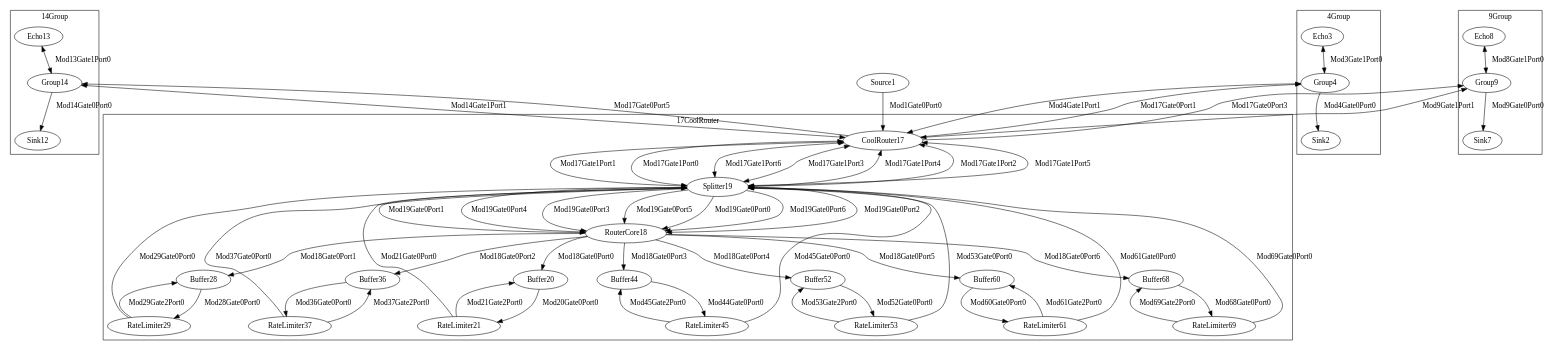
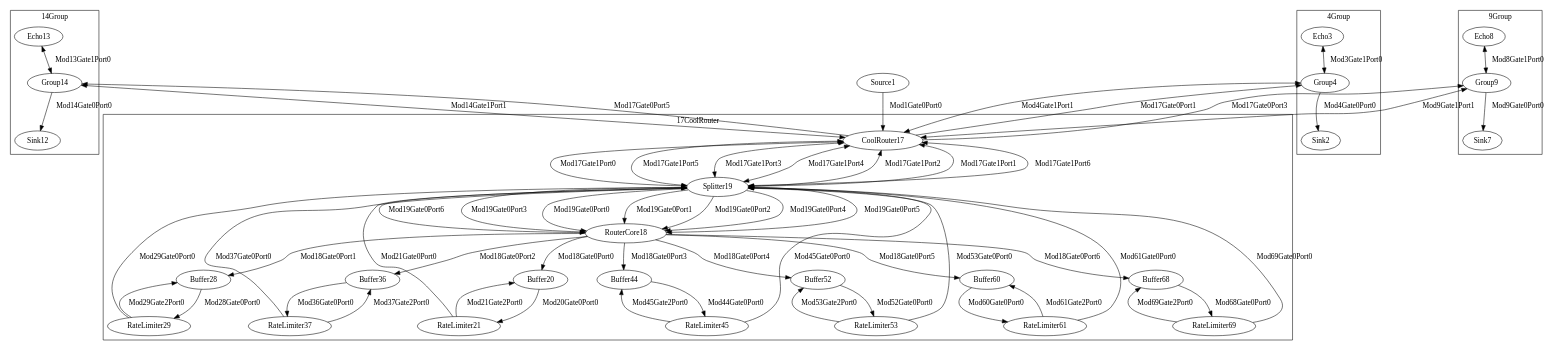
Before and after one commit to KillingSpark/rs-event-sim: the diagram in graph.dot, drawn with Graphviz. The commit also changed other lines of this file and 10 other files, not shown here.

```diff
--- a/graph.dot
+++ b/graph.dot
@@ -1,96 +1,96 @@
 digraph {
 	1[label=Source1];
 	subgraph cluster_4 { 
 	label="4Group";
 	4[label=Group4];
 		3[label=Echo3];
 		2[label=Sink2];
 	 }
 	subgraph cluster_9 { 
 	label="9Group";
 	9[label=Group9];
 		8[label=Echo8];
 		7[label=Sink7];
 	 }
 	subgraph cluster_14 { 
 	label="14Group";
 	14[label=Group14];
 		13[label=Echo13];
 		12[label=Sink12];
 	 }
 	subgraph cluster_17 { 
 	label="17CoolRouter";
 	17[label=CoolRouter17];
 		18[label=RouterCore18];
 		19[label=Splitter19];
 		20[label=Buffer20];
 		21[label=RateLimiter21];
 		28[label=Buffer28];
 		29[label=RateLimiter29];
 		36[label=Buffer36];
 		37[label=RateLimiter37];
 		44[label=Buffer44];
 		45[label=RateLimiter45];
 		52[label=Buffer52];
 		53[label=RateLimiter53];
 		60[label=Buffer60];
 		61[label=RateLimiter61];
 		68[label=Buffer68];
 		69[label=RateLimiter69];
 	 }
+	53 -> 19[label=Mod53Gate0Port0];
+	53 -> 52[label=Mod53Gate2Port0];
+	21 -> 19[label=Mod21Gate0Port0];
+	21 -> 20[label=Mod21Gate2Port0];
+	14 -> 17[dir="both",label=Mod14Gate1Port1];
+	14 -> 12[label=Mod14Gate0Port0];
+	61 -> 19[label=Mod61Gate0Port0];
+	61 -> 60[label=Mod61Gate2Port0];
+	68 -> 69[label=Mod68Gate0Port0];
+	20 -> 21[label=Mod20Gate0Port0];
+	36 -> 37[label=Mod36Gate0Port0];
+	45 -> 19[label=Mod45Gate0Port0];
+	45 -> 44[label=Mod45Gate2Port0];
+	17 -> 9[label=Mod17Gate0Port3];
+	17 -> 14[label=Mod17Gate0Port5];
+	17 -> 4[label=Mod17Gate0Port1];
+	17 -> 19[dir="both",label=Mod17Gate1Port0];
+	17 -> 19[dir="both",label=Mod17Gate1Port5];
+	17 -> 19[dir="both",label=Mod17Gate1Port3];
+	17 -> 19[dir="both",label=Mod17Gate1Port4];
+	17 -> 19[dir="both",label=Mod17Gate1Port2];
+	17 -> 19[dir="both",label=Mod17Gate1Port1];
+	17 -> 19[dir="both",label=Mod17Gate1Port6];
+	3 -> 4[dir="both",label=Mod3Gate1Port0];
 	44 -> 45[label=Mod44Gate0Port0];
-	9 -> 17[dir="both",label=Mod9Gate1Port1];
-	9 -> 7[label=Mod9Gate0Port0];
-	37 -> 19[label=Mod37Gate0Port0];
-	37 -> 36[label=Mod37Gate2Port0];
-	8 -> 9[dir="both",label=Mod8Gate1Port0];
-	1 -> 17[label=Mod1Gate0Port0];
-	19 -> 18[label=Mod19Gate0Port1];
-	19 -> 18[label=Mod19Gate0Port4];
-	19 -> 18[label=Mod19Gate0Port3];
-	19 -> 18[label=Mod19Gate0Port5];
-	19 -> 18[label=Mod19Gate0Port0];
-	19 -> 18[label=Mod19Gate0Port6];
-	19 -> 18[label=Mod19Gate0Port2];
+	60 -> 61[label=Mod60Gate0Port0];
 	4 -> 17[dir="both",label=Mod4Gate1Port1];
 	4 -> 2[label=Mod4Gate0Port0];
-	21 -> 20[label=Mod21Gate2Port0];
-	21 -> 19[label=Mod21Gate0Port0];
 	69 -> 19[label=Mod69Gate0Port0];
 	69 -> 68[label=Mod69Gate2Port0];
 	13 -> 14[dir="both",label=Mod13Gate1Port0];
+	19 -> 18[label=Mod19Gate0Port6];
+	19 -> 18[label=Mod19Gate0Port3];
+	19 -> 18[label=Mod19Gate0Port0];
+	19 -> 18[label=Mod19Gate0Port1];
+	19 -> 18[label=Mod19Gate0Port2];
+	19 -> 18[label=Mod19Gate0Port4];
+	19 -> 18[label=Mod19Gate0Port5];
+	52 -> 53[label=Mod52Gate0Port0];
+	8 -> 9[dir="both",label=Mod8Gate1Port0];
+	29 -> 19[label=Mod29Gate0Port0];
 	29 -> 28[label=Mod29Gate2Port0];
-	29 -> 19[label=Mod29Gate0Port0];
-	60 -> 61[label=Mod60Gate0Port0];
-	14 -> 17[dir="both",label=Mod14Gate1Port1];
-	14 -> 12[label=Mod14Gate0Port0];
-	53 -> 19[label=Mod53Gate0Port0];
-	53 -> 52[label=Mod53Gate2Port0];
-	17 -> 19[dir="both",label=Mod17Gate1Port1];
-	17 -> 19[dir="both",label=Mod17Gate1Port0];
-	17 -> 19[dir="both",label=Mod17Gate1Port6];
-	17 -> 19[dir="both",label=Mod17Gate1Port3];
-	17 -> 19[dir="both",label=Mod17Gate1Port4];
-	17 -> 19[dir="both",label=Mod17Gate1Port2];
-	17 -> 19[dir="both",label=Mod17Gate1Port5];
-	17 -> 4[label=Mod17Gate0Port1];
-	17 -> 9[label=Mod17Gate0Port3];
-	17 -> 14[label=Mod17Gate0Port5];
-	3 -> 4[dir="both",label=Mod3Gate1Port0];
-	20 -> 21[label=Mod20Gate0Port0];
-	68 -> 69[label=Mod68Gate0Port0];
+	18 -> 36[label=Mod18Gate0Port2];
+	18 -> 28[label=Mod18Gate0Port1];
+	18 -> 52[label=Mod18Gate0Port4];
+	18 -> 20[label=Mod18Gate0Port0];
+	18 -> 44[label=Mod18Gate0Port3];
 	18 -> 60[label=Mod18Gate0Port5];
-	18 -> 20[label=Mod18Gate0Port0];
-	18 -> 52[label=Mod18Gate0Port4];
-	18 -> 28[label=Mod18Gate0Port1];
 	18 -> 68[label=Mod18Gate0Port6];
-	18 -> 36[label=Mod18Gate0Port2];
-	18 -> 44[label=Mod18Gate0Port3];
-	52 -> 53[label=Mod52Gate0Port0];
-	36 -> 37[label=Mod36Gate0Port0];
+	37 -> 19[label=Mod37Gate0Port0];
+	37 -> 36[label=Mod37Gate2Port0];
+	1 -> 17[label=Mod1Gate0Port0];
 	28 -> 29[label=Mod28Gate0Port0];
-	61 -> 19[label=Mod61Gate0Port0];
-	61 -> 60[label=Mod61Gate2Port0];
-	45 -> 44[label=Mod45Gate2Port0];
-	45 -> 19[label=Mod45Gate0Port0];
+	9 -> 17[dir="both",label=Mod9Gate1Port1];
+	9 -> 7[label=Mod9Gate0Port0];
 }
```
